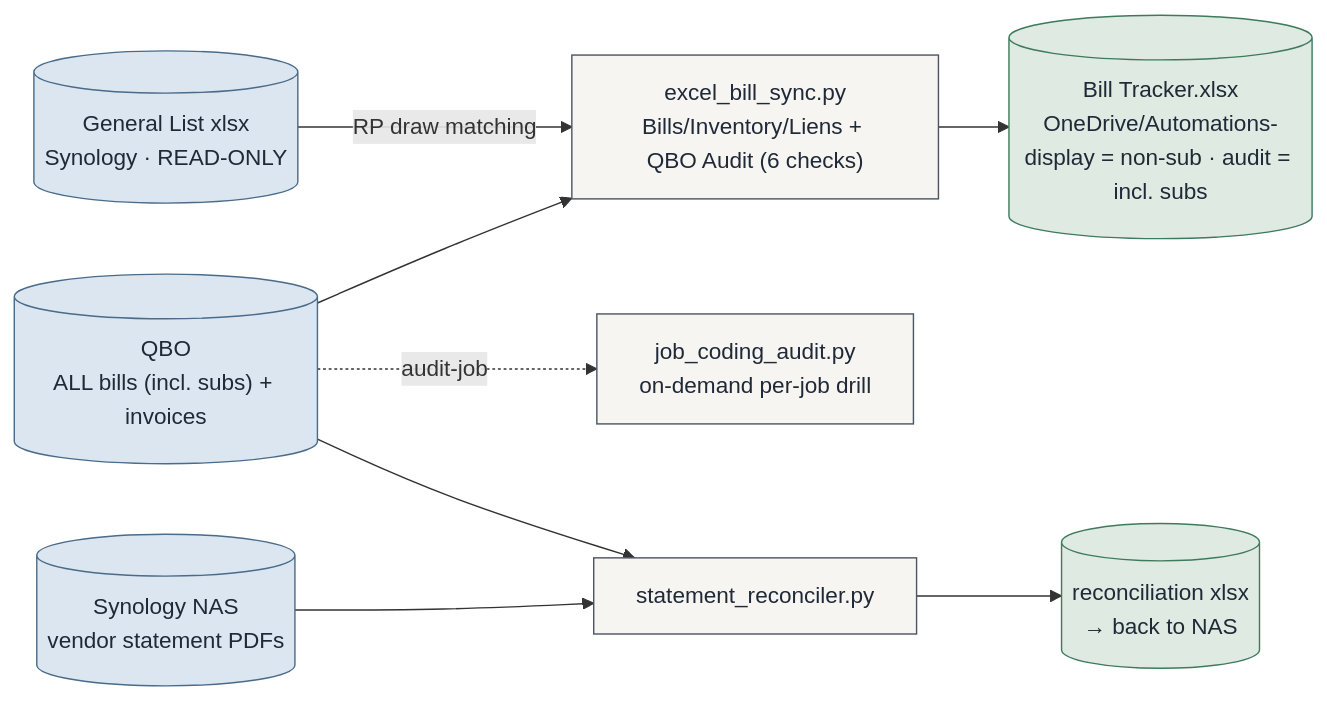
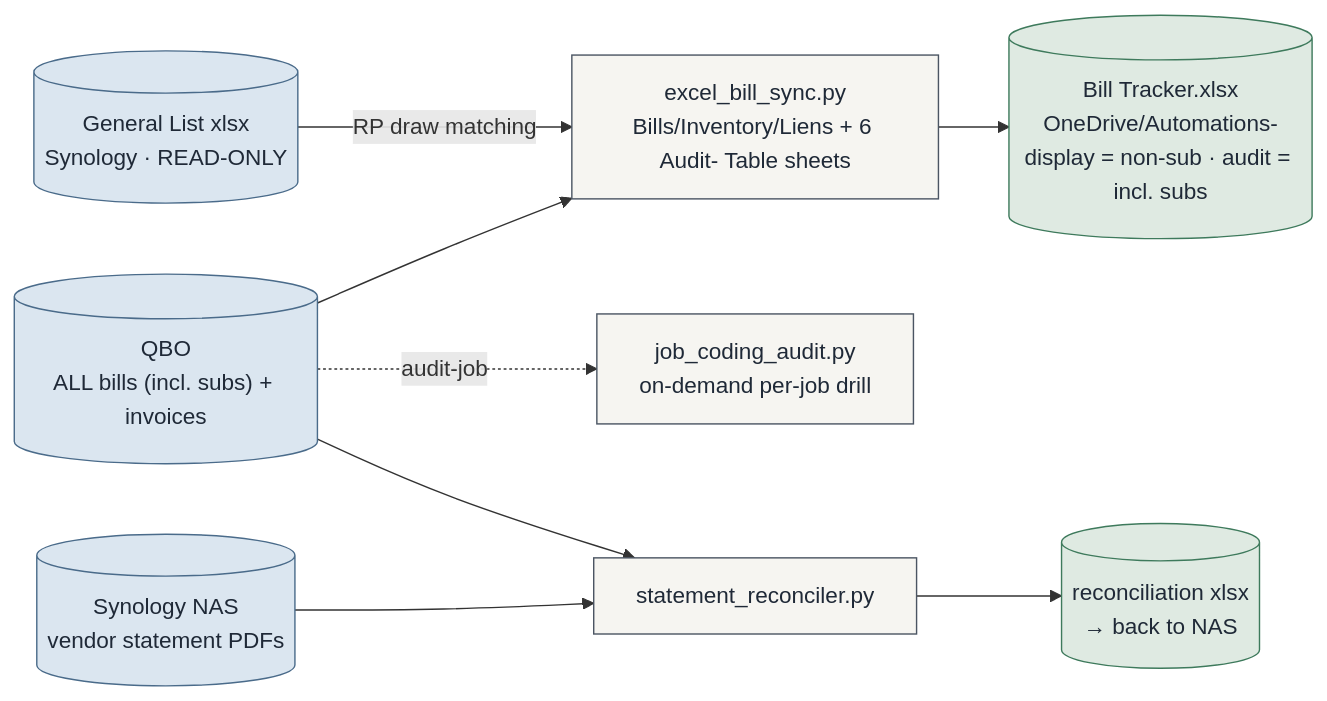
The second of 5 diagrams in docs/ARCHITECTURE.md (Ecarlo-Proficient/Claude-Report), drawn with Mermaid before and after one commit. The commit also changed other lines of this file and 5 other files, not shown here.

First line of the commit message:
bill-tracker: audit → one filterable Excel Table per section

````diff
--- a/docs/ARCHITECTURE.md
+++ b/docs/ARCHITECTURE.md
@@ -124,21 +124,21 @@
 ```mermaid
 flowchart LR
     classDef src fill:#dbe6f0,stroke:#4A6B8A,color:#1f2937
     classDef tool fill:#f6f5f1,stroke:#4b5563,color:#1f2937
     classDef out fill:#dfeae2,stroke:#3E7A5C,color:#1f2937
 
     QBO[("QBO\nALL bills (incl. subs) + invoices")]:::src
     NAS[("Synology NAS\nvendor statement PDFs")]:::src
     GL[("General List xlsx\nSynology · READ-ONLY")]:::src
-    BT["excel_bill_sync.py\nBills/Inventory/Liens + QBO Audit (6 checks)"]:::tool
+    BT["excel_bill_sync.py\nBills/Inventory/Liens + 6 Audit- Table sheets"]:::tool
     JCA["job_coding_audit.py\non-demand per-job drill"]:::tool
     SR["statement_reconciler.py"]:::tool
     BX[("Bill Tracker.xlsx\nOneDrive/Automations-\ndisplay = non-sub · audit = incl. subs")]:::out
     RX[("reconciliation xlsx\n→ back to NAS")]:::out
 
     QBO --> BT --> BX
     QBO -. "audit-job" .-> JCA
     GL -- "RP draw matching" --> BT
     QBO --> SR
     NAS --> SR --> RX
 ```
````
